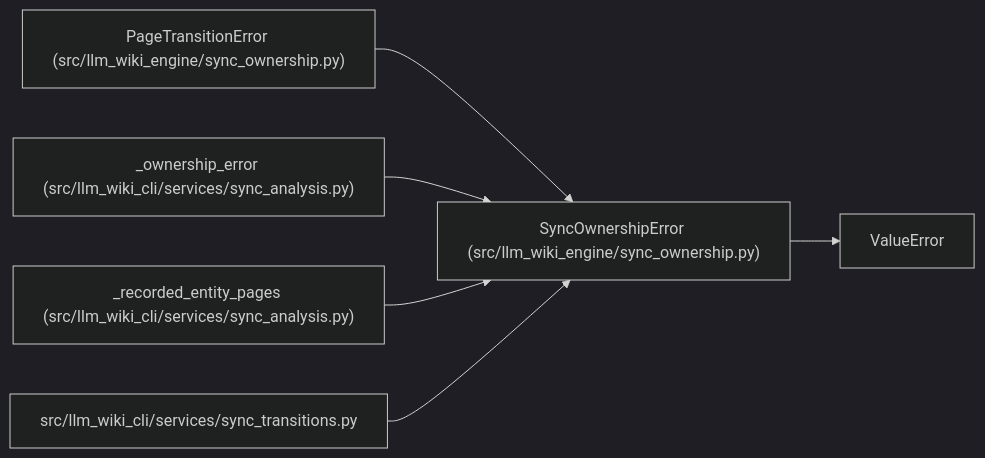
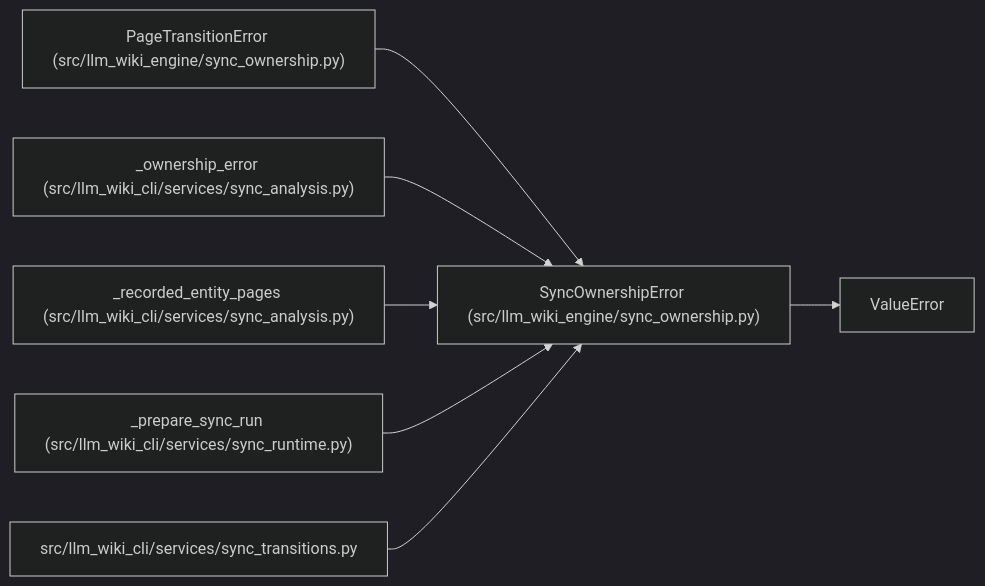
Before and after one commit to Denissvgn/python-wiki-llm: the diagram in docs/llm_wiki/entities/SyncOwnershipError.md, drawn with Mermaid (dark theme). The commit also changed other lines of this file and 482 other files, not shown here.

````diff
--- a/docs/llm_wiki/entities/SyncOwnershipError.md
+++ b/docs/llm_wiki/entities/SyncOwnershipError.md
@@ -23,19 +23,22 @@
 ```mermaid
 flowchart LR
     n0["SyncOwnershipError (src/llm_wiki_engine/sync_ownership.py)"]
     n1["ValueError"]
     n2["PageTransitionError (src/llm_wiki_engine/sync_ownership.py)"]
     n3["_ownership_error (src/llm_wiki_cli/services/sync_analysis.py)"]
     n4["_recorded_entity_pages (src/llm_wiki_cli/services/sync_analysis.py)"]
-    n5["src/llm_wiki_cli/services/sync_transitions.py"]
+    n5["_prepare_sync_run (src/llm_wiki_cli/services/sync_runtime.py)"]
+    n6["src/llm_wiki_cli/services/sync_transitions.py"]
     n0 --> n1
     n2 --> n0
     n3 --> n0
     n4 --> n0
     n5 --> n0
+    n6 --> n0
     click n0 "../modules/sync_ownership.md"
     click n2 "../modules/sync_ownership.md"
     click n3 "../modules/sync_analysis.md"
     click n4 "../modules/sync_analysis.md"
-    click n5 "../modules/sync_transitions.md"
+    click n5 "../modules/sync_runtime.md"
+    click n6 "../modules/sync_transitions.md"
 ```
````
